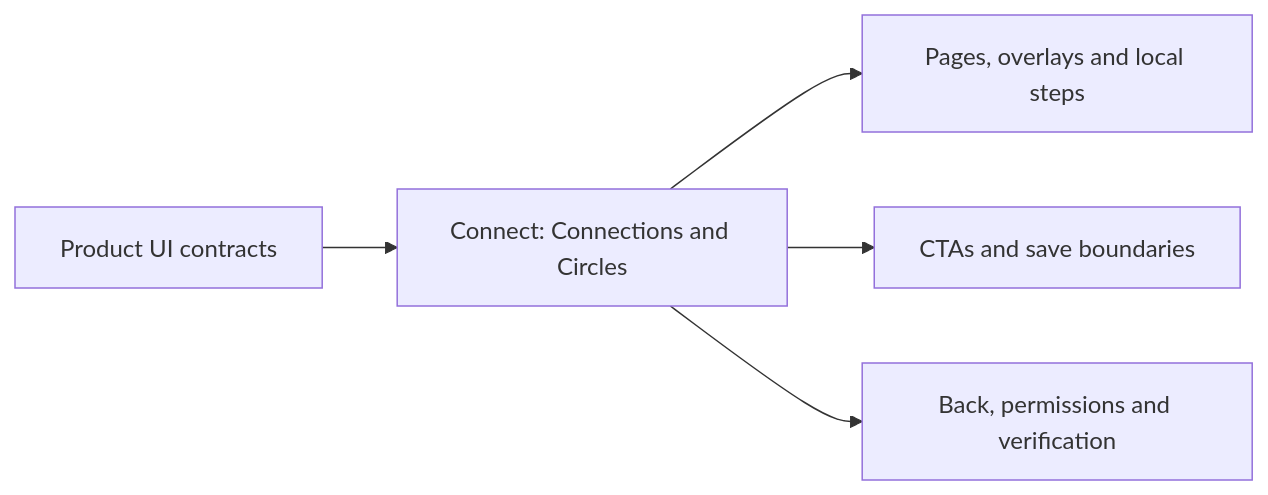
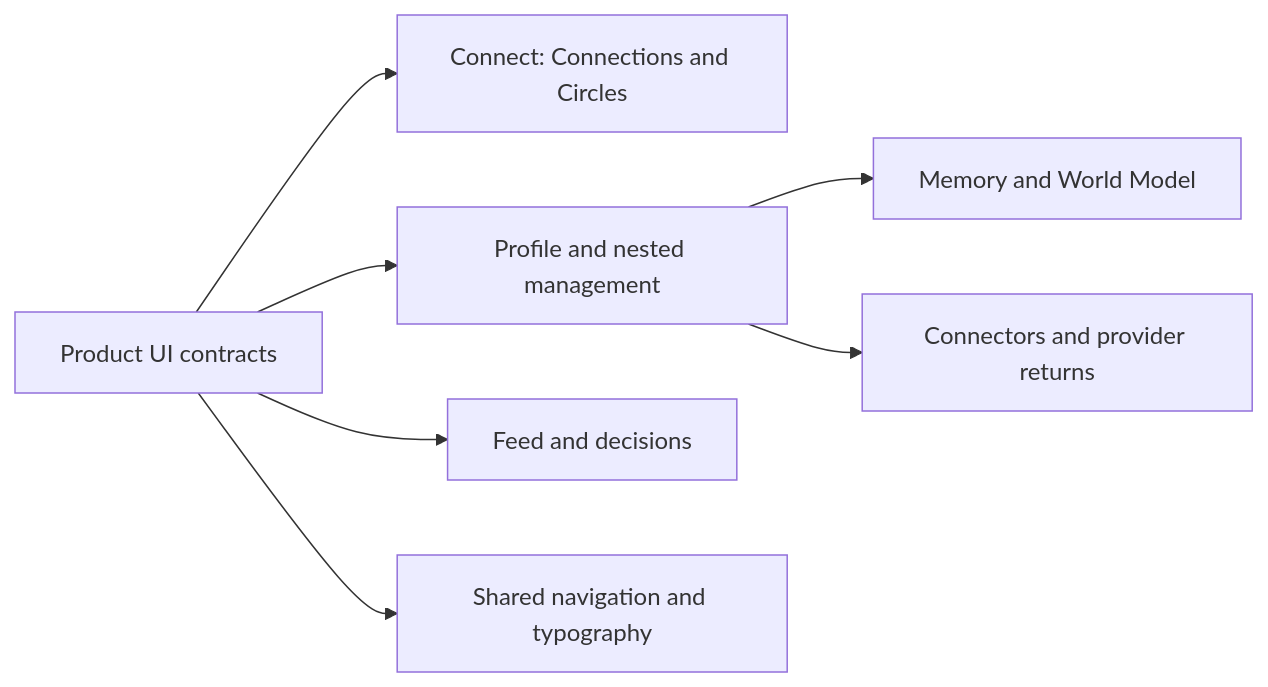
Before and after one commit to hushh-labs/hushh-research: the diagram in hushh-webapp/docs/ui-contracts/README.md, drawn with Mermaid. The commit also changed other lines of this file and 10 other files, not shown here.

Commit message:
docs: document Profile Feed navigation and typography contracts

````diff
--- a/hushh-webapp/docs/ui-contracts/README.md
+++ b/hushh-webapp/docs/ui-contracts/README.md
@@ -5,7 +5,9 @@
 ```mermaid
 flowchart LR
   index["Product UI contracts"] --> connect["Connect: Connections and Circles"]
-  connect --> pages["Pages, overlays and local steps"]
-  connect --> actions["CTAs and save boundaries"]
-  connect --> proof["Back, permissions and verification"]
+  index --> profile["Profile and nested management"]
+  index --> feed["Feed and decisions"]
+  index --> nav["Shared navigation and typography"]
+  profile --> memory["Memory and World Model"]
+  profile --> connectors["Connectors and provider returns"]
 ```
````
